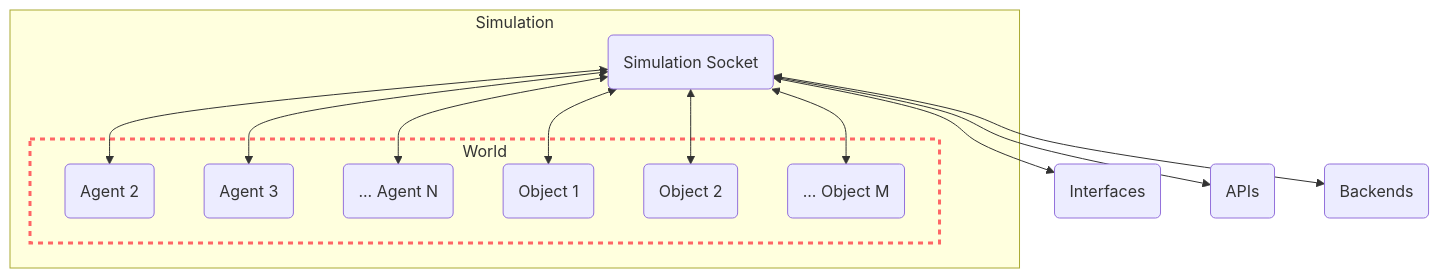
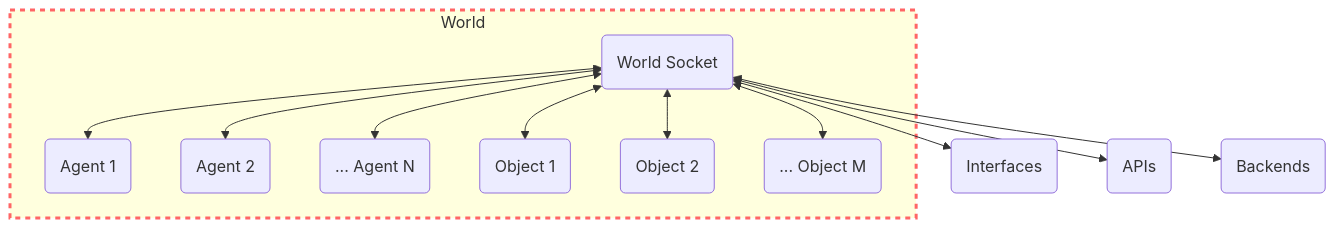
Before and after one commit to yeagerai/genworlds: the diagram in docs/docs/genworlds-framework/worlds.md, drawn with Mermaid. The commit also changed other lines of this file and 1 other file, not shown here.

Commit message:
world docs

````diff
--- a/docs/docs/genworlds-framework/worlds.md
+++ b/docs/docs/genworlds-framework/worlds.md
@@ -13,28 +13,26 @@
 ```mermaid
 graph TD
-    subgraph Simulation
-        W1(Simulation Socket)
-        subgraph World
-            A1(Agent 2)
-            A2(Agent 3)
-            AN(... Agent N)
-            O1(Object 1)
-            O2(Object 2)
-            ON(... Object M)
-        end
+    subgraph World
+        W1(World Socket)
+        A1(Agent 1)
+        A2(Agent 2)
+        AN(... Agent N)
+        O1(Object 1)
+        O2(Object 2)
+        ON(... Object M)
     end
     I1(Interfaces)
     I2(APIs)
     IN(Backends)
     W1<-->A1
     W1<-->A2
     W1<-->AN
     W1<-->O1
     W1<-->O2
     W1<-->ON
     W1<-->I1
     W1<-->I2
     W1<-->IN
 
     style World stroke:#f66,stroke-dasharray: 5 5,stroke-width:3px
 ```
````
